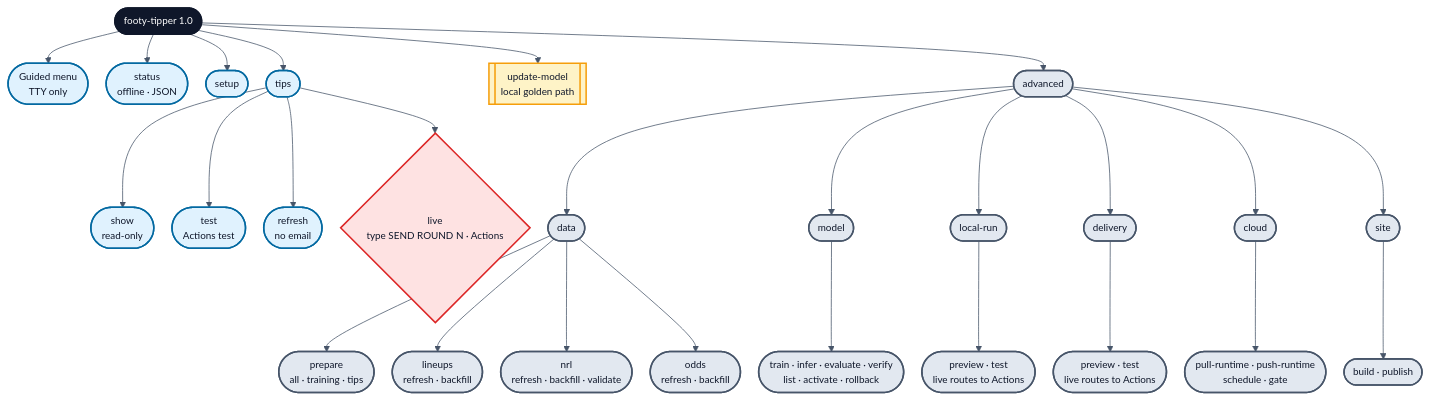
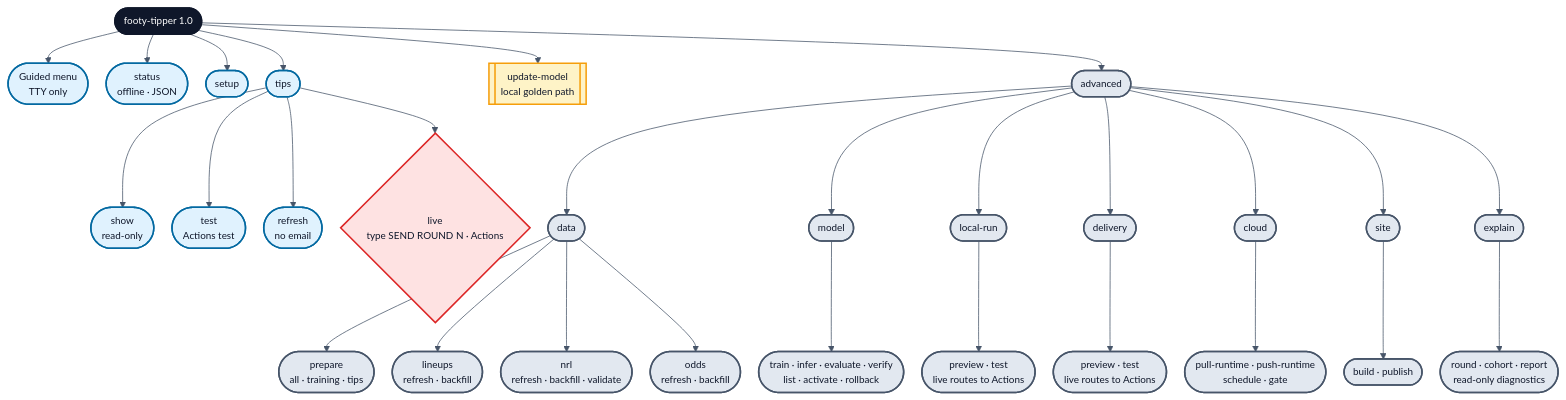
Before and after one commit to levonrush/footy-tipper: the diagram in docs/diagrams/operator-cli.mmd, drawn with Mermaid. The commit also changed 10 other files, not shown here.

```diff
--- a/docs/diagrams/operator-cli.mmd
+++ b/docs/diagrams/operator-cli.mmd
@@ -1,69 +1,73 @@
 %%{init: {"theme":"base","flowchart":{"curve":"basis","nodeSpacing":24,"rankSpacing":38},"themeVariables":{"fontFamily":"Inter, Arial, sans-serif","fontSize":"13px","primaryTextColor":"#0F172A","lineColor":"#475569","background":"transparent"}}}%%
 flowchart TB
   CLI([footy-tipper 1.0])
   MENU([Guided menu<br/>TTY only])
   STATUS([status<br/>offline · JSON])
   SETUP([setup])
   TIPS([tips])
   UPDATE[[update-model<br/>local golden path]]
   ADV([advanced])
 
   SHOW([show<br/>read-only])
   TEST([test<br/>Actions test])
   REFRESH([refresh<br/>no email])
   LIVE{live<br/>type SEND ROUND N · Actions}
 
   DATA([data])
   MODEL([model])
   LOCAL([local-run])
   DELIVERY([delivery])
   CLOUD([cloud])
   SITE([site])
+  EXPLAIN([explain])
 
   PREP([prepare<br/>all · training · tips])
   LINEUPS([lineups<br/>refresh · backfill])
   NRL([nrl<br/>refresh · backfill · validate])
   ODDS([odds<br/>refresh · backfill])
   MODEL_ACTIONS([train · infer · evaluate · verify<br/>list · activate · rollback])
   RUN_MODES([preview · test<br/>live routes to Actions])
   DELIVERY_MODES([preview · test<br/>live routes to Actions])
   CLOUD_ACTIONS([pull-runtime · push-runtime<br/>schedule · gate])
   SITE_ACTIONS([build · publish])
+  EXPLAIN_ACTIONS([round · cohort · report<br/>read-only diagnostics])
 
   CLI --> MENU
   CLI --> STATUS
   CLI --> SETUP
   CLI --> TIPS
   CLI --> UPDATE
   CLI --> ADV
   TIPS --> SHOW
   TIPS --> TEST
   TIPS --> REFRESH
   TIPS --> LIVE
   ADV --> DATA
   ADV --> MODEL
   ADV --> LOCAL
   ADV --> DELIVERY
   ADV --> CLOUD
   ADV --> SITE
+  ADV --> EXPLAIN
   DATA --> PREP
   DATA --> LINEUPS
   DATA --> NRL
   DATA --> ODDS
   MODEL --> MODEL_ACTIONS
   LOCAL --> RUN_MODES
   DELIVERY --> DELIVERY_MODES
   CLOUD --> CLOUD_ACTIONS
   SITE --> SITE_ACTIONS
+  EXPLAIN --> EXPLAIN_ACTIONS
 
   classDef root fill:#0F172A,stroke:#0F172A,color:#FFFFFF,stroke-width:2px;
   classDef everyday fill:#E0F2FE,stroke:#0369A1,color:#0F172A,stroke-width:2px;
   classDef technical fill:#E2E8F0,stroke:#475569,color:#0F172A,stroke-width:2px;
   classDef model fill:#FEF3C7,stroke:#F59E0B,color:#0F172A,stroke-width:2px;
   classDef safety fill:#FEE2E2,stroke:#DC2626,color:#0F172A,stroke-width:2px;
 
   class CLI root;
   class MENU,STATUS,SETUP,TIPS,SHOW,TEST,REFRESH everyday;
   class UPDATE model;
   class LIVE safety;
-  class ADV,DATA,MODEL,LOCAL,DELIVERY,CLOUD,SITE,PREP,LINEUPS,NRL,ODDS,MODEL_ACTIONS,RUN_MODES,DELIVERY_MODES,CLOUD_ACTIONS,SITE_ACTIONS technical;
+  class ADV,DATA,MODEL,LOCAL,DELIVERY,CLOUD,SITE,EXPLAIN,PREP,LINEUPS,NRL,ODDS,MODEL_ACTIONS,RUN_MODES,DELIVERY_MODES,CLOUD_ACTIONS,SITE_ACTIONS,EXPLAIN_ACTIONS technical;
```
